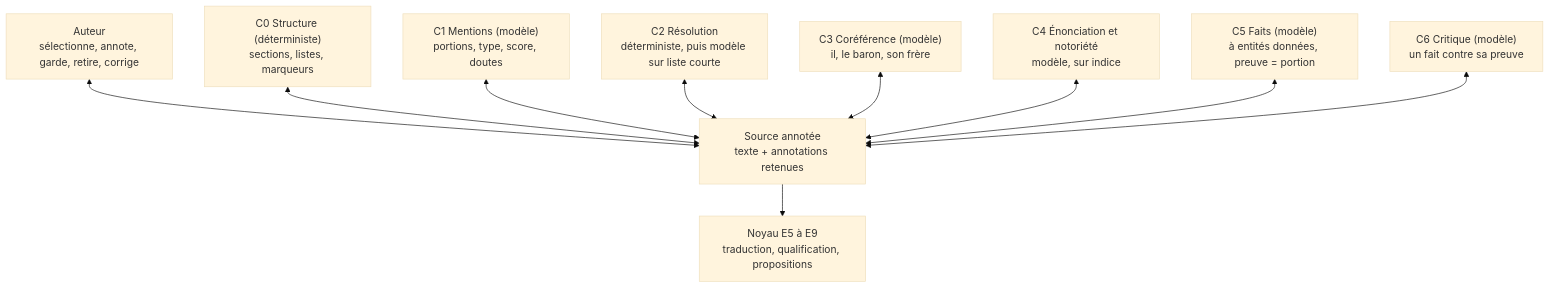
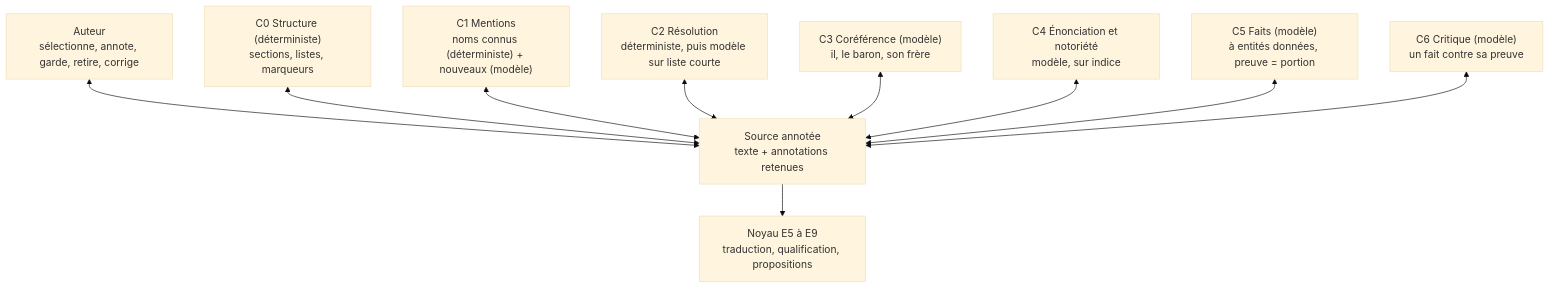
Before and after one commit to ltimsit/WorldKit: the first of 2 diagrams in docs/chantier-ingestion.md, drawn with Mermaid (base theme). The commit also changed other lines of this file and 5 other files, not shown here.

````diff
--- a/docs/chantier-ingestion.md
+++ b/docs/chantier-ingestion.md
@@ -83,22 +85,22 @@
 ```mermaid
 flowchart TB
   T["Source annotée<br/>texte + annotations retenues"]
   A["Auteur<br/>sélectionne, annote, garde, retire, corrige"]
   C0["C0 Structure (déterministe)<br/>sections, listes, marqueurs"]
-  C1["C1 Mentions (modèle)<br/>portions, type, score, doutes"]
+  C1["C1 Mentions<br/>noms connus (déterministe) + nouveaux (modèle)"]
   C2["C2 Résolution<br/>déterministe, puis modèle sur liste courte"]
   C3["C3 Coréférence (modèle)<br/>il, le baron, son frère"]
   C4["C4 Énonciation et notoriété<br/>modèle, sur indice"]
   C5["C5 Faits (modèle)<br/>à entités données, preuve = portion"]
   C6["C6 Critique (modèle)<br/>un fait contre sa preuve"]
   N["Noyau E5 à E9<br/>traduction, qualification, propositions"]
   A <--> T
   C0 <--> T
   C1 <--> T
   C2 <--> T
   C3 <--> T
   C4 <--> T
   C5 <--> T
   C6 <--> T
   T --> N
 ```
````
